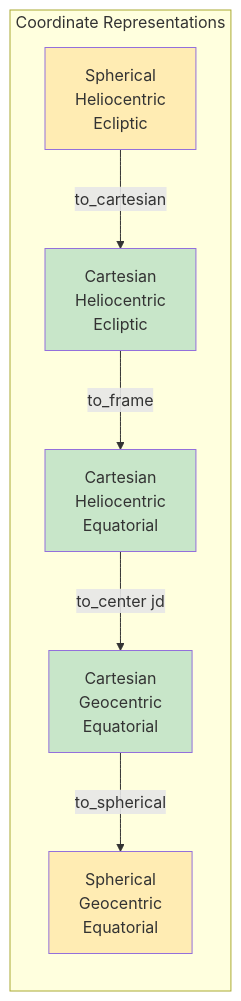
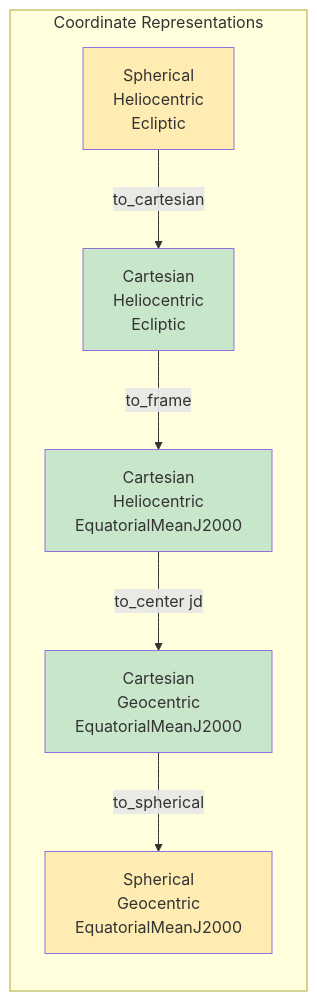
One commit to Siderust/siderust changed the third of 6 diagrams in src/coordinates/README.md. Above: the diagram before and after it, drawn with Mermaid. The commit also changed other lines of this file and 48 other files, not shown here.

First line of the commit message:
Refactor coordinate transformation framework to incorporate EquatorialMeanJ2000

````diff
--- a/src/coordinates/README.md
+++ b/src/coordinates/README.md
@@ -244,21 +252,21 @@
 ```mermaid
 graph LR
     subgraph "Coordinate Representations"
         SPH_HE[Spherical<br/>Heliocentric<br/>Ecliptic]
         CART_HE[Cartesian<br/>Heliocentric<br/>Ecliptic]
-        CART_HE2[Cartesian<br/>Heliocentric<br/>Equatorial]
-        CART_GE[Cartesian<br/>Geocentric<br/>Equatorial]
-        SPH_GE[Spherical<br/>Geocentric<br/>Equatorial]
+        CART_HE2[Cartesian<br/>Heliocentric<br/>EquatorialMeanJ2000]
+        CART_GE[Cartesian<br/>Geocentric<br/>EquatorialMeanJ2000]
+        SPH_GE[Spherical<br/>Geocentric<br/>EquatorialMeanJ2000]
     end
     
     SPH_HE -->|to_cartesian| CART_HE
     CART_HE -->|to_frame| CART_HE2
     CART_HE2 -->|to_center jd| CART_GE
     CART_GE -->|to_spherical| SPH_GE
     
     style SPH_HE fill:#ffecb3
     style CART_HE fill:#c8e6c9
     style CART_HE2 fill:#c8e6c9
     style CART_GE fill:#c8e6c9
     style SPH_GE fill:#ffecb3
 ```
````
